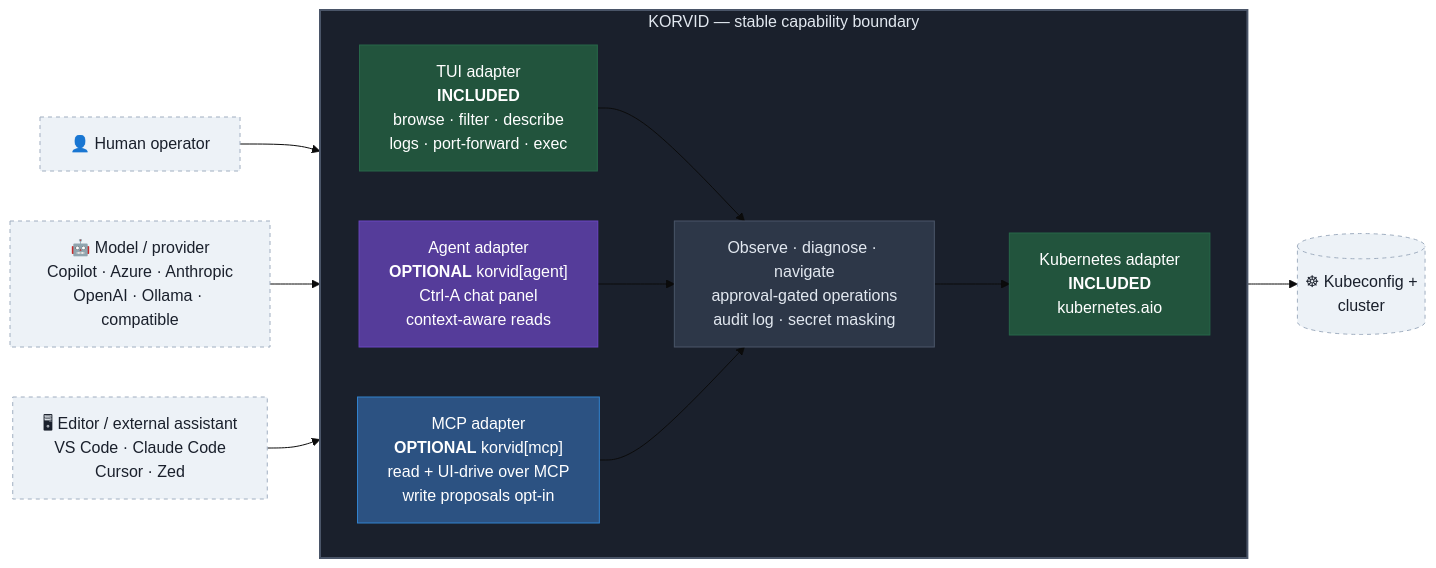
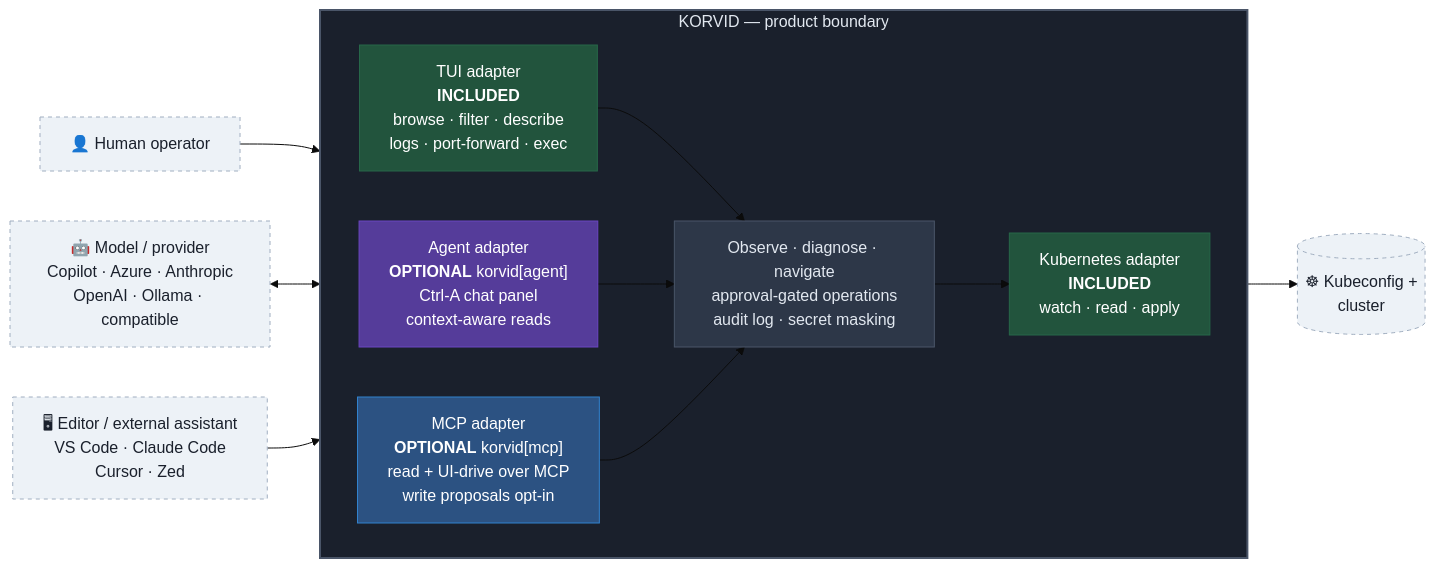
One commit to hellices/korvid changed the first of 2 diagrams in docs/overview.md. Above: the diagram before and after it, drawn with Mermaid (base theme). The commit also changed other lines of this file and 1 other file, not shown here.

Commit message:
docs: final fix pass — diagram order, labels, prose, spec link
- Diagram 2: reorder Mermaid source so cockpit renders TL, Agent TR,
  MCP BL, [all] BR. Verified via SVG transform coordinates:
  cockpit x=161 y=43, agent x=724 y=43, mcp x=137 y=603, all x=744 y=603.
- Replace 'Neither box above...' with 'Neither optional adapter is
  required, and neither implies the other.'
- Replace 'kubernetes.aio' implementation label with 'watch · read · apply'
  capability copy in Kubernetes adapter node.
- Fix broken spec relative link: ../../../overview.md → ../../overview.md
  (resolves to docs/overview.md from docs/superpowers/specs/).
- Rename diagram-1 subgraph boundary 'stable capability boundary' → 'product
  boundary'; CORE node already carries stable capability text.
- Add caption under '## Four valid compositions': 'Four installs, four
  shapes — the two optional adapters occupy independent ports.'
- Make MODEL ↔ AGENT connection bidirectional (<-->); cluster data flows
  outbound to provider, responses return.

````diff
--- a/docs/overview.md
+++ b/docs/overview.md
@@ -16,37 +16,37 @@
 ```mermaid
 flowchart LR
     HUMAN["👤 Human operator"]
     MODEL["🤖 Model / provider<br/>Copilot · Azure · Anthropic<br/>OpenAI · Ollama · compatible"]
     CLIENT["🖥 Editor / external assistant<br/>VS Code · Claude Code<br/>Cursor · Zed"]
     CLUSTER[("☸ Kubeconfig +<br/>cluster")]
 
-    subgraph KORVID["KORVID — stable capability boundary"]
+    subgraph KORVID["KORVID — product boundary"]
         direction LR
         TUI["TUI adapter<br/><b>INCLUDED</b><br/>browse · filter · describe<br/>logs · port-forward · exec"]
         AGENT["Agent adapter<br/><b>OPTIONAL</b> korvid[agent]<br/>Ctrl-A chat panel<br/>context-aware reads"]
         CORE["Observe · diagnose · navigate<br/>approval-gated operations<br/>audit log · secret masking"]
         MCP["MCP adapter<br/><b>OPTIONAL</b> korvid[mcp]<br/>read + UI-drive over MCP<br/>write proposals opt-in"]
-        K8S["Kubernetes adapter<br/><b>INCLUDED</b><br/>kubernetes.aio"]
+        K8S["Kubernetes adapter<br/><b>INCLUDED</b><br/>watch · read · apply"]
 
         TUI --> CORE
         AGENT --> CORE
         MCP --> CORE
         CORE --> K8S
     end
 
     HUMAN --> TUI
-    MODEL --> AGENT
+    MODEL <--> AGENT
     CLIENT --> MCP
     K8S --> CLUSTER
 
     style KORVID fill:#1a202c,color:#e2e8f0,stroke:#4a5568,stroke-width:2px
     style CORE fill:#2d3748,color:#e2e8f0,stroke:#4a5568
     style TUI fill:#22543d,color:#fff,stroke:#276749
     style K8S fill:#22543d,color:#fff,stroke:#276749
     style AGENT fill:#553c9a,color:#fff,stroke:#6b46c1
     style MCP fill:#2c5282,color:#fff,stroke:#3182ce
     style HUMAN fill:#edf2f7,color:#1a202c,stroke:#a0aec0,stroke-dasharray: 4 4
     style MODEL fill:#edf2f7,color:#1a202c,stroke:#a0aec0,stroke-dasharray: 4 4
     style CLIENT fill:#edf2f7,color:#1a202c,stroke:#a0aec0,stroke-dasharray: 4 4
     style CLUSTER fill:#edf2f7,color:#1a202c,stroke:#a0aec0,stroke-dasharray: 4 4
 ```
````
